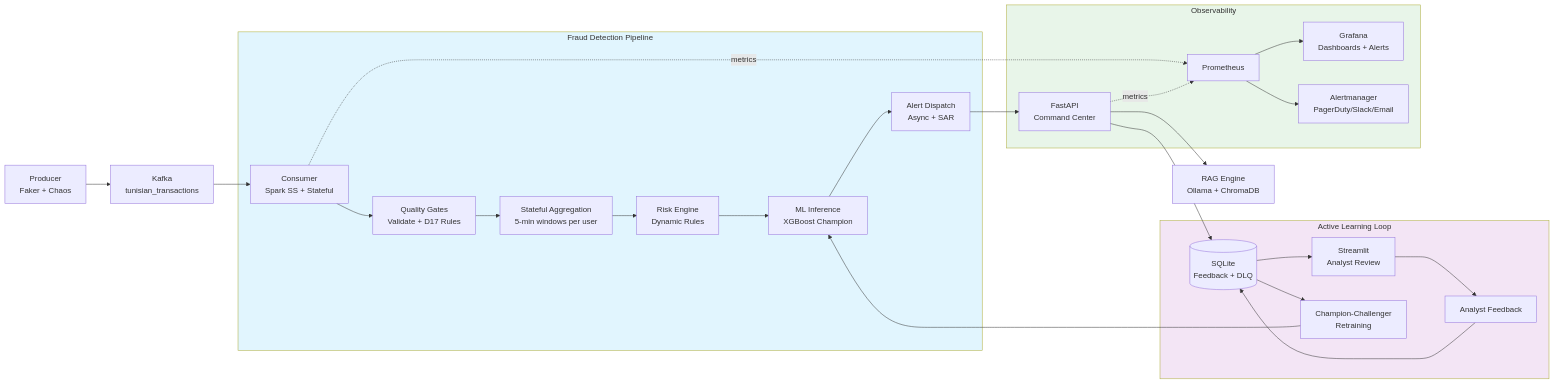
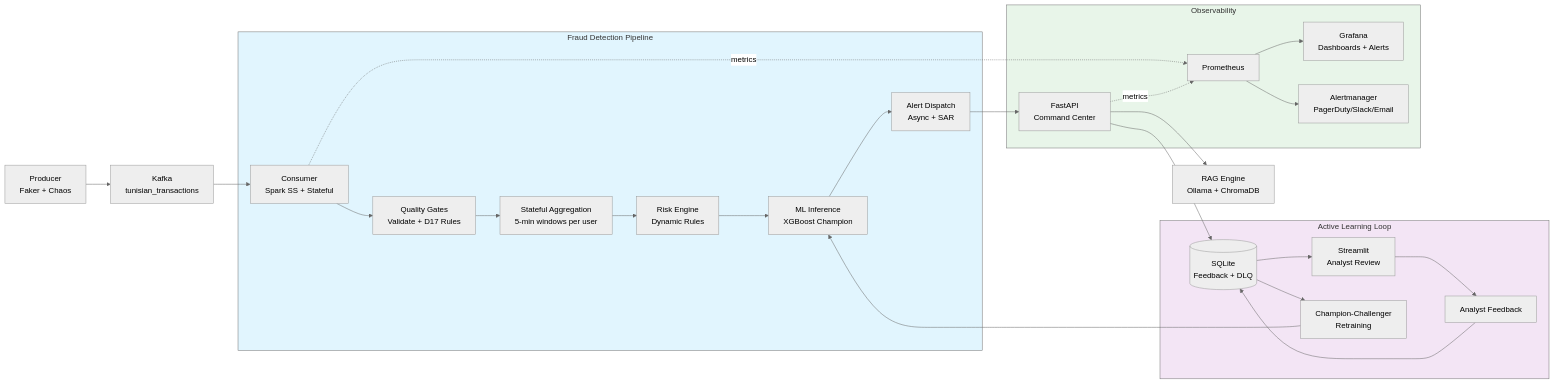
Before and after one commit to ReguiguiMohamed/hybrid-real-time-fraud-detection-tunisia: the first of 4 diagrams in README.md, drawn with Mermaid. The commit also changed other lines of this file, not shown here.

````diff
--- a/README.md
+++ b/README.md
@@ -34,36 +11,37 @@
 ```mermaid
+%%{init: {'theme': 'neutral', 'themeVariables': { 'fontSize': '16px'}}}%%
 flowchart LR
     Prod[Producer\nFaker + Chaos] --> Kafka[Kafka\ntunisian_transactions]
     Kafka --> CG[Consumer\nSpark SS + Stateful]
 
     subgraph Pipeline["Fraud Detection Pipeline"]
         CG --> QG[Quality Gates\nValidate + D17 Rules]
         QG --> SA[Stateful Aggregation\n5-min windows per user]
         SA --> RS[Risk Engine\nDynamic Rules]
         RS --> ML[ML Inference\nXGBoost Champion]
         ML --> AP[Alert Dispatch\nAsync + SAR]
     end
 
     AP --> API[FastAPI\nCommand Center]
     API --> DB[(SQLite\nFeedback + DLQ)]
     API --> RAG[RAG Engine\nOllama + ChromaDB]
 
     subgraph Loop["Active Learning Loop"]
         DB --> Dash[Streamlit\nAnalyst Review]
         Dash --> FB[Analyst Feedback]
         FB --> DB
         DB --> Retrain[Champion-Challenger\nRetraining]
         Retrain --> ML
     end
 
     subgraph Monitor["Observability"]
         CG -. metrics .-> Prom[Prometheus]
         API -. metrics .-> Prom
         Prom --> Grafana[Grafana\nDashboards + Alerts]
         Prom --> AM[Alertmanager\nPagerDuty/Slack/Email]
     end
 
     style Pipeline fill:#e1f5fe
     style Loop fill:#f3e5f5
     style Monitor fill:#e8f5e9
 ```
````
